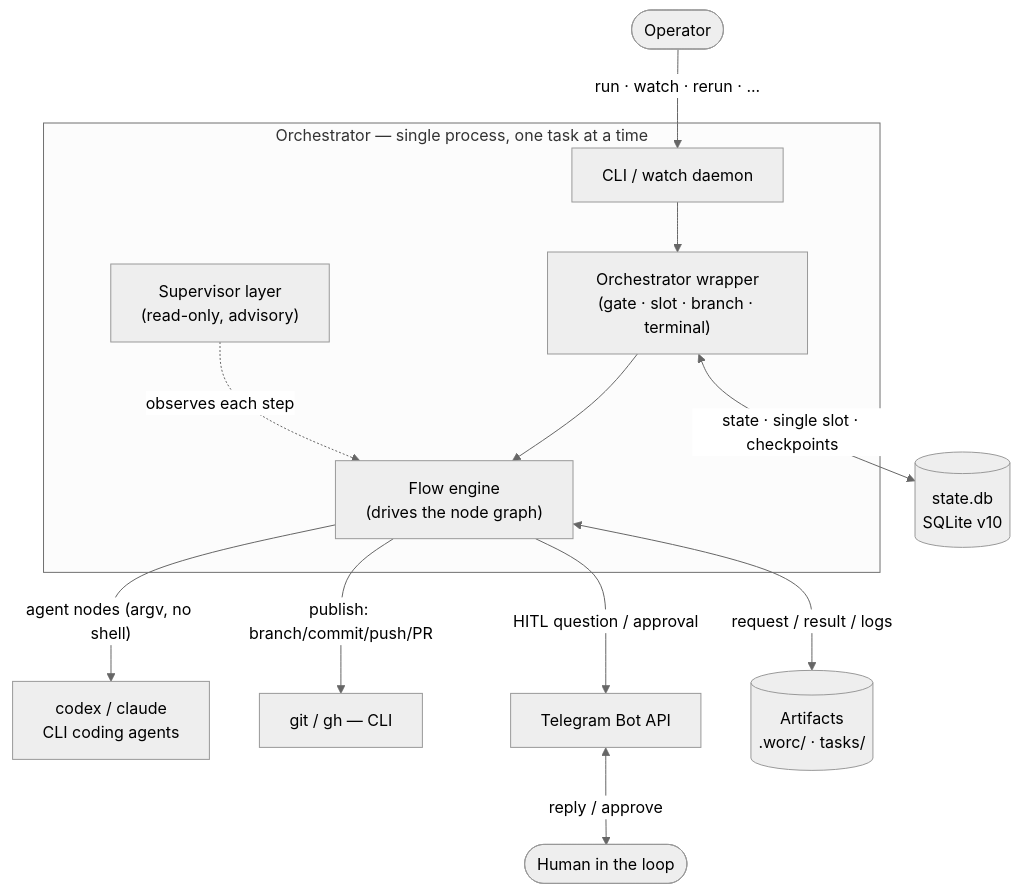
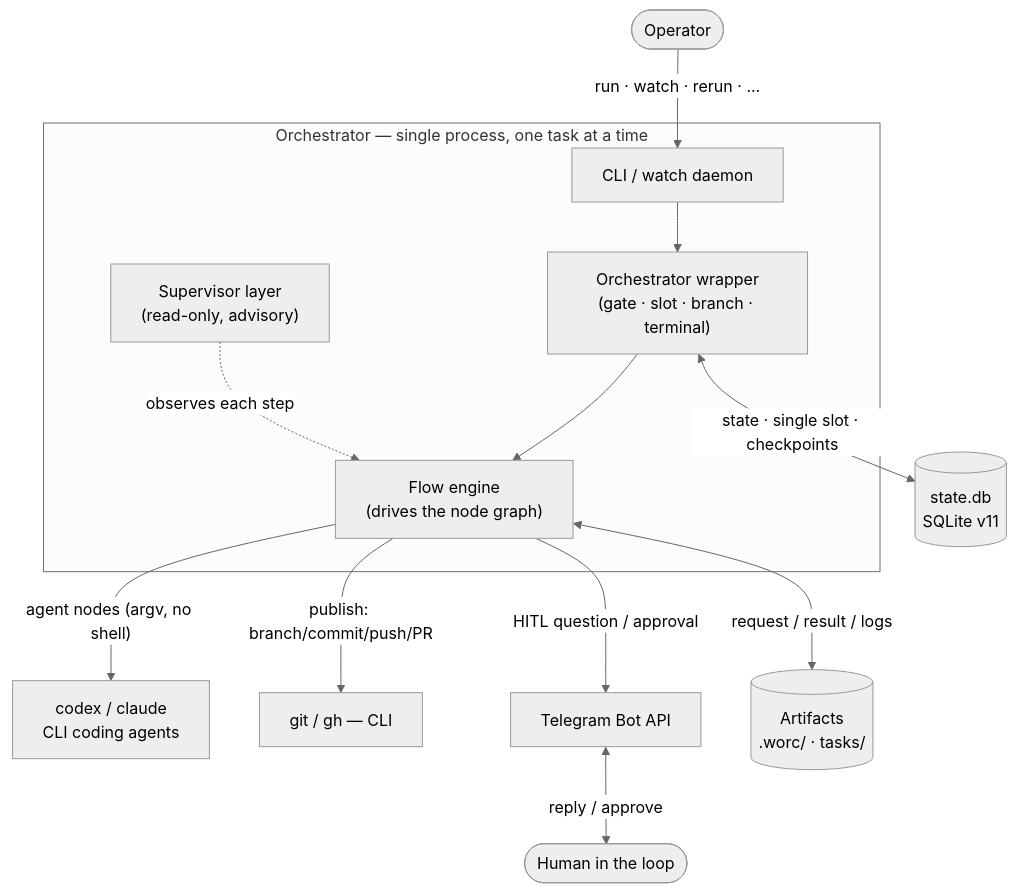
The first of 3 diagrams in docs/worc_architecture.md (VladimirMakarevich/wastech-orchestrator), drawn with Mermaid (neutral theme) before and after one commit. The commit also changed other lines of this file and 19 other files, not shown here.

First line of the commit message:
feat: update SQLite schema to v11 and add dotenv support

````diff
--- a/docs/worc_architecture.md
+++ b/docs/worc_architecture.md
@@ -30,28 +30,28 @@
 ```mermaid
 flowchart TB
     operator(["Operator"])
     human(["Human in the loop"])
 
     subgraph orc["Orchestrator — single process, one task at a time"]
         cli["CLI / watch daemon"]
         wrap["Orchestrator wrapper<br/>(gate · slot · branch · terminal)"]
         engine["Flow engine<br/>(drives the node graph)"]
         sup["Supervisor layer<br/>(read-only, advisory)"]
         cli --> wrap --> engine
         sup -. observes each step .-> engine
     end
 
     agents["codex / claude<br/>CLI coding agents"]
     vcs["git / gh — CLI"]
     tg["Telegram Bot API"]
-    db[("state.db<br/>SQLite v10")]
+    db[("state.db<br/>SQLite v11")]
     art[("Artifacts<br/>.worc/ · tasks/")]
 
     operator -->|"run · watch · rerun · ..."| cli
     engine -->|"agent nodes (argv, no shell)"| agents
     engine -->|"publish: branch/commit/push/PR"| vcs
     engine -->|"HITL question / approval"| tg
     tg <-->|"reply / approve"| human
     wrap <-->|"state · single slot · checkpoints"| db
     engine <-->|"request / result / logs"| art
 ```
````
